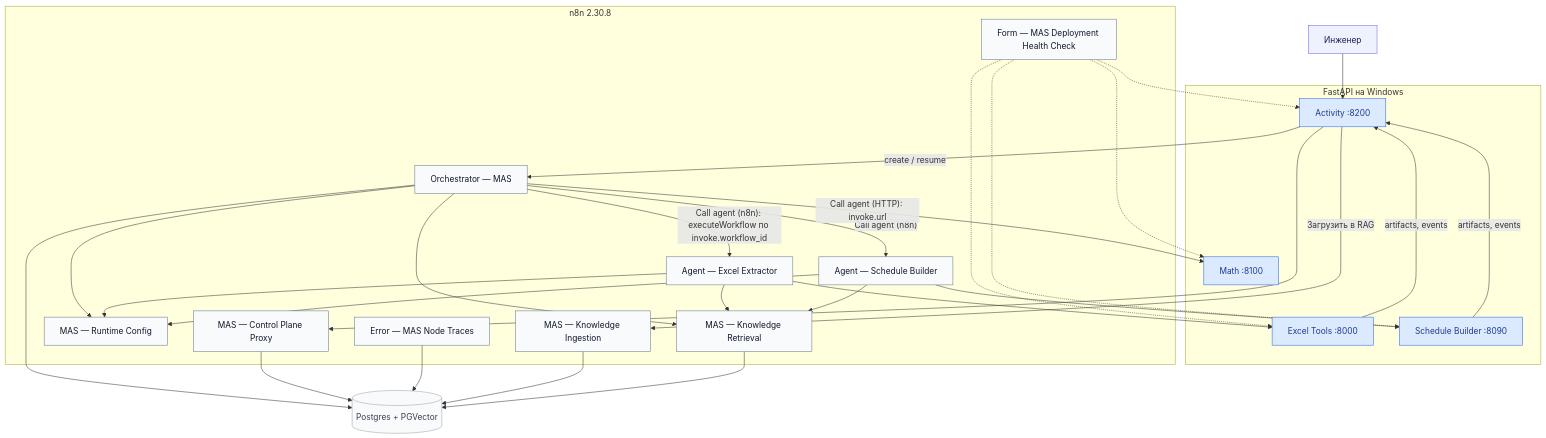
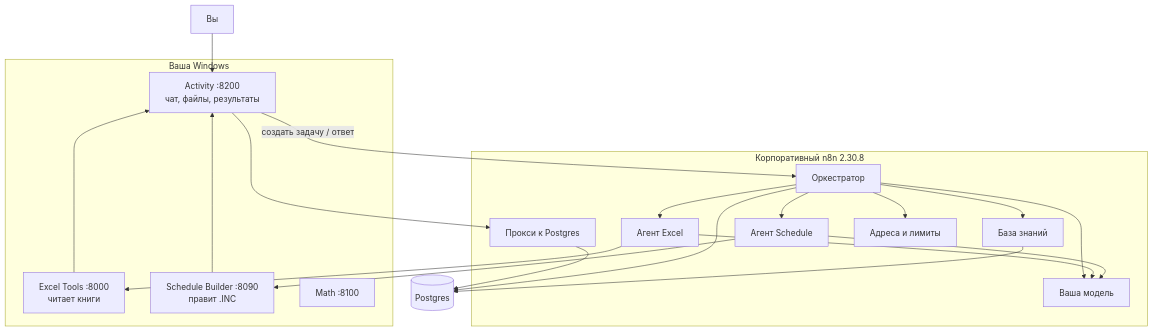
The diagram in docs.md (lun1tunes/omegalul), drawn with Mermaid before and after one commit. The commit also changed other lines of this file and 75 other files, not shown here.

````diff
--- a/docs.md
+++ b/docs.md
@@ -30,52 +13,40 @@
 ```mermaid
 flowchart TB
-  classDef entry fill:#eef2ff,stroke:#6366f1,color:#1e1b4b
-  classDef wf fill:#f8fafc,stroke:#64748b,color:#0f172a
-  classDef svc fill:#dbeafe,stroke:#2563eb,color:#1e3a8a
-  classDef data fill:#f9fafb,stroke:#9ca3af,color:#374151
+  You[Вы] --> Activity["Activity :8200<br/>чат, файлы, результаты"]
 
-  User[Инженер]:::entry
-  subgraph win [FastAPI на Windows]
-    Activity[Activity :8200]:::svc
-    ExcelTools[Excel Tools :8000]:::svc
-    SchedSvc[Schedule Builder :8090]:::svc
-    MathSvc[Math :8100]:::svc
+  subgraph win [Ваша Windows]
+    Activity
+    ExcelSvc["Excel Tools :8000<br/>читает книги"]
+    SchedSvc["Schedule Builder :8090<br/>правит .INC"]
+    MathSvc["Math :8100"]
   end
-  subgraph plat [n8n 2.30.8]
-    Orch[Orchestrator — MAS]:::wf
-    ExcelAgent[Agent — Excel Extractor]:::wf
-    SchedAgent[Agent — Schedule Builder]:::wf
-    Proxy[MAS — Control Plane Proxy]:::wf
-    Runtime[MAS — Runtime Config]:::wf
-    Ingest[MAS — Knowledge Ingestion]:::wf
-    Retr[MAS — Knowledge Retrieval]:::wf
-    Err[Error — MAS Node Traces]:::wf
-    Health[Form — MAS Deployment Health Check]:::wf
+
+  subgraph n8n [Корпоративный n8n 2.30.8]
+    Orch[Оркестратор]
+    ExcelA[Агент Excel]
+    SchedA[Агент Schedule]
+    Proxy[Прокси к Postgres]
+    RAG[База знаний]
+    Cfg[Адреса и лимиты]
+    Model[Ваша модель]
   end
-  Pg[(Postgres + PGVector)]:::data
 
-  User --> Activity
-  Activity -->|create / resume| Orch
+  PG[(Postgres)]
+
+  Activity -->|создать задачу / ответ| Orch
   Activity --> Proxy
-  Activity -->|Загрузить в RAG| Ingest
-  Orch --> Retr
-  Orch --> Runtime
-  Orch -->|"Call agent (n8n): executeWorkflow по invoke.workflow_id"| ExcelAgent --> ExcelTools
-  Orch -->|"Call agent (n8n)"| SchedAgent --> SchedSvc
-  Orch -->|"Call agent (HTTP): invoke.url"| MathSvc
-  ExcelAgent --> Runtime
-  SchedAgent --> Runtime
-  ExcelAgent --> Retr
-  SchedAgent --> Retr
-  Orch --> Pg
-  Proxy --> Pg
-  Err --> Pg
-  Ingest --> Pg
-  Retr --> Pg
-  ExcelTools -->|artifacts, events| Activity
-  SchedSvc -->|artifacts, events| Activity
-  Health -.-> Activity
-  Health -.-> ExcelTools
-  Health -.-> SchedSvc
-  Health -.-> MathSvc
+  Orch --> Model
+  Orch --> ExcelA
+  Orch --> SchedA
+  Orch --> RAG
+  Orch --> Cfg
+  ExcelA --> ExcelSvc
+  SchedA --> SchedSvc
+  ExcelA --> Model
+  SchedA --> Model
+  ExcelSvc --> Activity
+  SchedSvc --> Activity
+  Proxy --> PG
+  Orch --> PG
+  RAG --> PG
 ```
````
